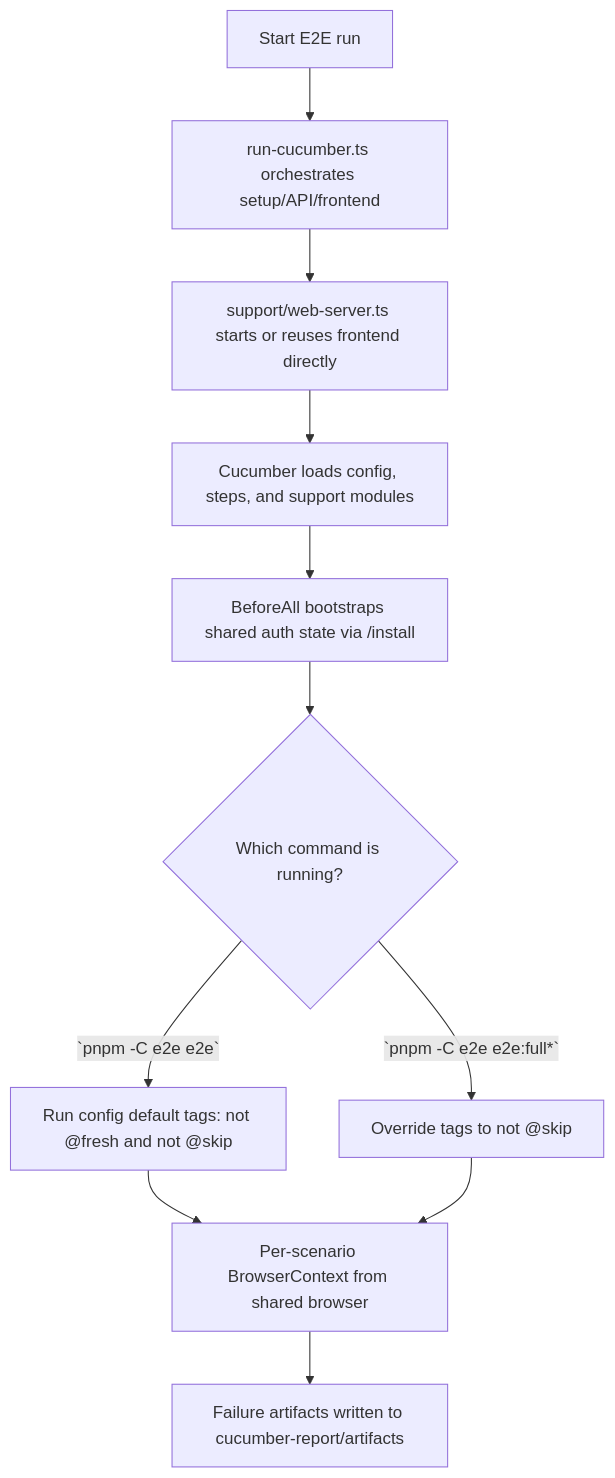
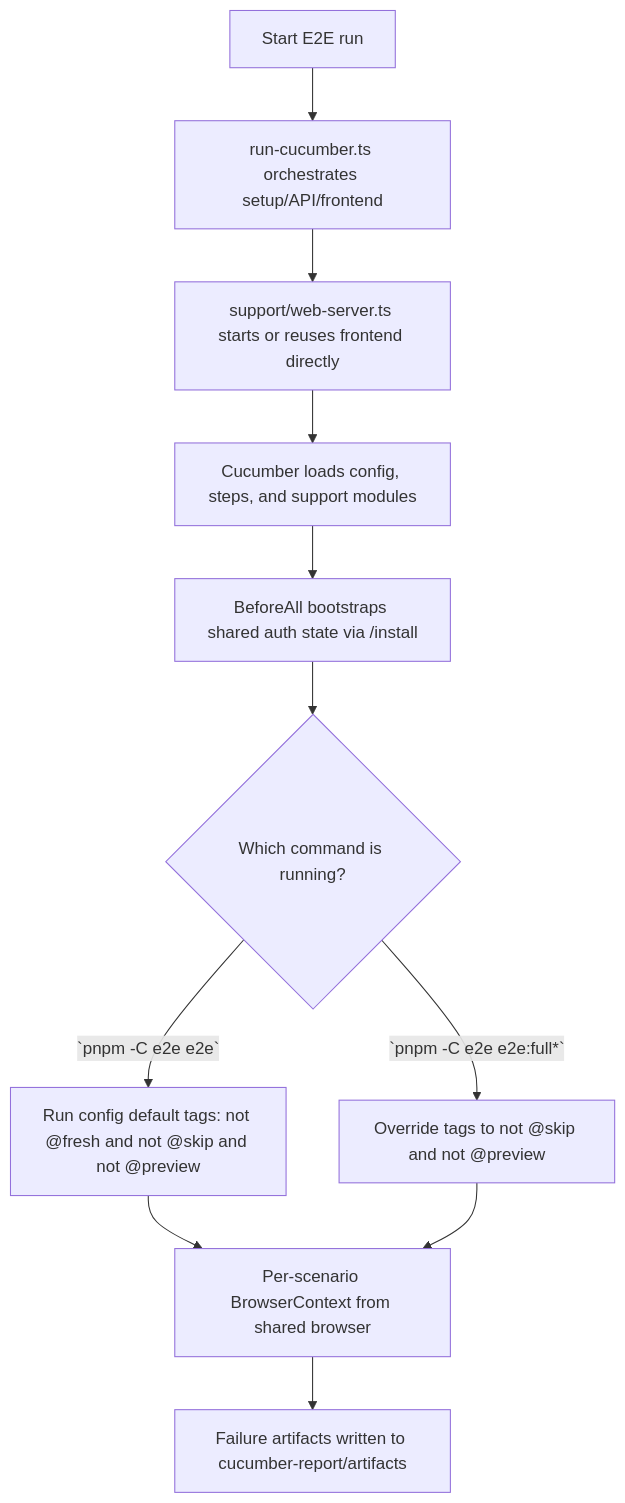
Before and after one commit to langgenius/dify: the diagram in e2e/AGENTS.md, drawn with Mermaid. The commit also changed other lines of this file and 2 other files, not shown here.

Commit message:
test(e2e): keep preview scenarios opt-in

````diff
--- a/e2e/AGENTS.md
+++ b/e2e/AGENTS.md
@@ -70,13 +70,13 @@
 ```mermaid
 flowchart TD
   A["Start E2E run"] --> B["run-cucumber.ts orchestrates setup/API/frontend"]
   B --> C["support/web-server.ts starts or reuses frontend directly"]
   C --> D["Cucumber loads config, steps, and support modules"]
   D --> E["BeforeAll bootstraps shared auth state via /install"]
   E --> F{"Which command is running?"}
-  F -->|`pnpm -C e2e e2e`| G["Run config default tags: not @fresh and not @skip"]
-  F -->|`pnpm -C e2e e2e:full*`| H["Override tags to not @skip"]
+  F -->|`pnpm -C e2e e2e`| G["Run config default tags: not @fresh and not @skip and not @preview"]
+  F -->|`pnpm -C e2e e2e:full*`| H["Override tags to not @skip and not @preview"]
   G --> I["Per-scenario BrowserContext from shared browser"]
   H --> I
   I --> J["Failure artifacts written to cucumber-report/artifacts"]
 ```
````
